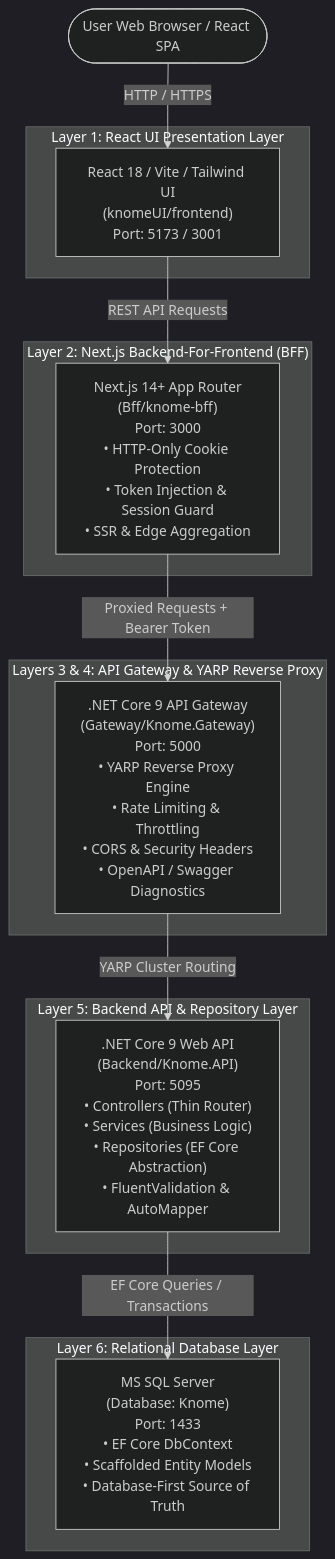
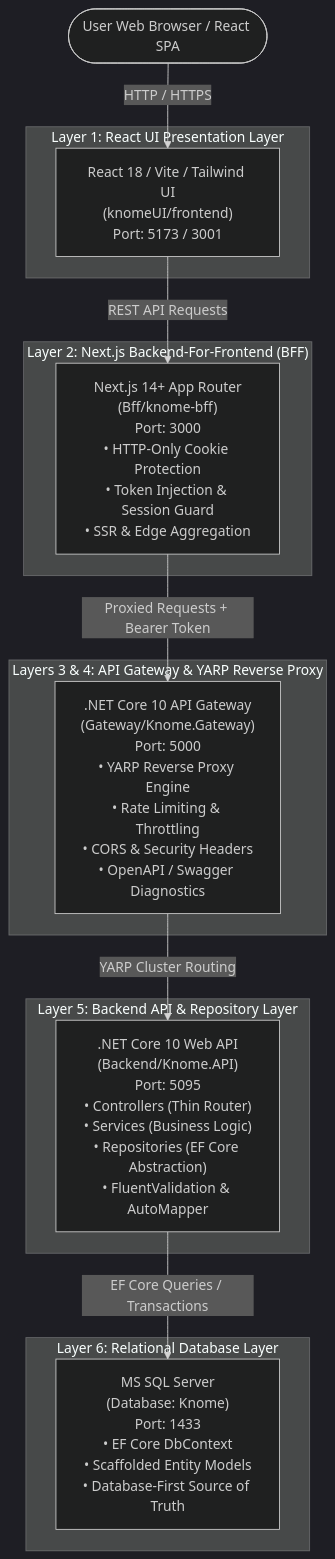
Before and after one commit to SOURABHsahi/csk: the first of 2 diagrams in Documentation/Architecture/6_TIER_ARCHITECTURE_SPECIFICATION.md, drawn with Mermaid (dark theme). The commit also changed other lines of this file and 53 other files, not shown here.

Commit message:
feat: complete .NET 10 upgrade, media approval workflow, auto video thumbnails, FRD 5.1-5.5 features & backend PDF documentation

````diff
--- a/Documentation/Architecture/6_TIER_ARCHITECTURE_SPECIFICATION.md
+++ b/Documentation/Architecture/6_TIER_ARCHITECTURE_SPECIFICATION.md
@@ -13,30 +13,30 @@
 ```mermaid
 graph TD
     Client([User Web Browser / React SPA])
 
     subgraph Tier1 ["Layer 1: React UI Presentation Layer"]
         ReactSPA["React 18 / Vite / Tailwind UI<br/>(knomeUI/frontend)<br/>Port: 5173 / 3001"]
     end
 
     subgraph Tier2 ["Layer 2: Next.js Backend-For-Frontend (BFF)"]
         NextBFF["Next.js 14+ App Router<br/>(Bff/knome-bff)<br/>Port: 3000<br/>• HTTP-Only Cookie Protection<br/>• Token Injection & Session Guard<br/>• SSR & Edge Aggregation"]
     end
 
     subgraph Tier3_4 ["Layers 3 & 4: API Gateway & YARP Reverse Proxy"]
-        Gateway[".NET Core 9 API Gateway<br/>(Gateway/Knome.Gateway)<br/>Port: 5000<br/>• YARP Reverse Proxy Engine<br/>• Rate Limiting & Throttling<br/>• CORS & Security Headers<br/>• OpenAPI / Swagger Diagnostics"]
+        Gateway[".NET Core 10 API Gateway<br/>(Gateway/Knome.Gateway)<br/>Port: 5000<br/>• YARP Reverse Proxy Engine<br/>• Rate Limiting & Throttling<br/>• CORS & Security Headers<br/>• OpenAPI / Swagger Diagnostics"]
     end
 
     subgraph Tier5 ["Layer 5: Backend API & Repository Layer"]
-        BackendAPI[".NET Core 9 Web API<br/>(Backend/Knome.API)<br/>Port: 5095<br/>• Controllers (Thin Router)<br/>• Services (Business Logic)<br/>• Repositories (EF Core Abstraction)<br/>• FluentValidation & AutoMapper"]
+        BackendAPI[".NET Core 10 Web API<br/>(Backend/Knome.API)<br/>Port: 5095<br/>• Controllers (Thin Router)<br/>• Services (Business Logic)<br/>• Repositories (EF Core Abstraction)<br/>• FluentValidation & AutoMapper"]
     end
 
     subgraph Tier6 ["Layer 6: Relational Database Layer"]
         SQLServer["MS SQL Server<br/>(Database: Knome)<br/>Port: 1433<br/>• EF Core DbContext<br/>• Scaffolded Entity Models<br/>• Database-First Source of Truth"]
     end
 
     Client -->|HTTP / HTTPS| ReactSPA
     ReactSPA -->|REST API Requests| NextBFF
     NextBFF -->|Proxied Requests + Bearer Token| Gateway
     Gateway -->|YARP Cluster Routing| BackendAPI
     BackendAPI -->|EF Core Queries / Transactions| SQLServer
 ```
````
